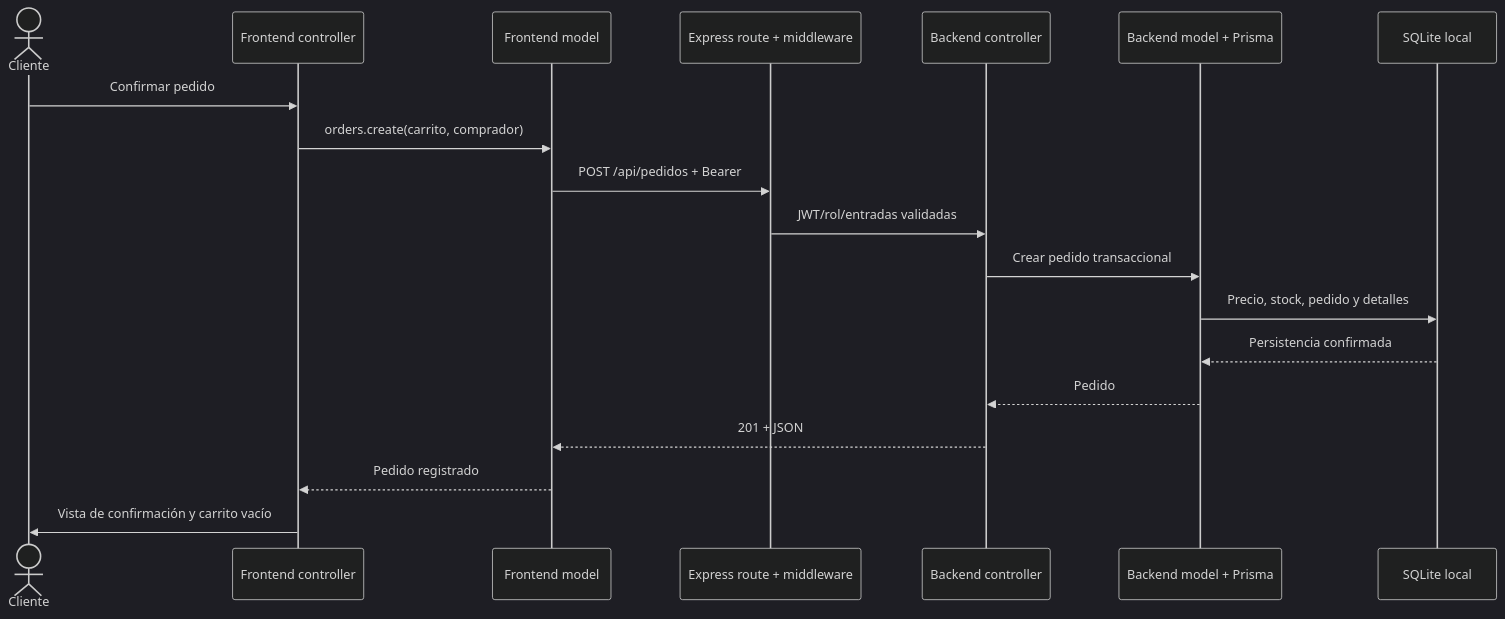
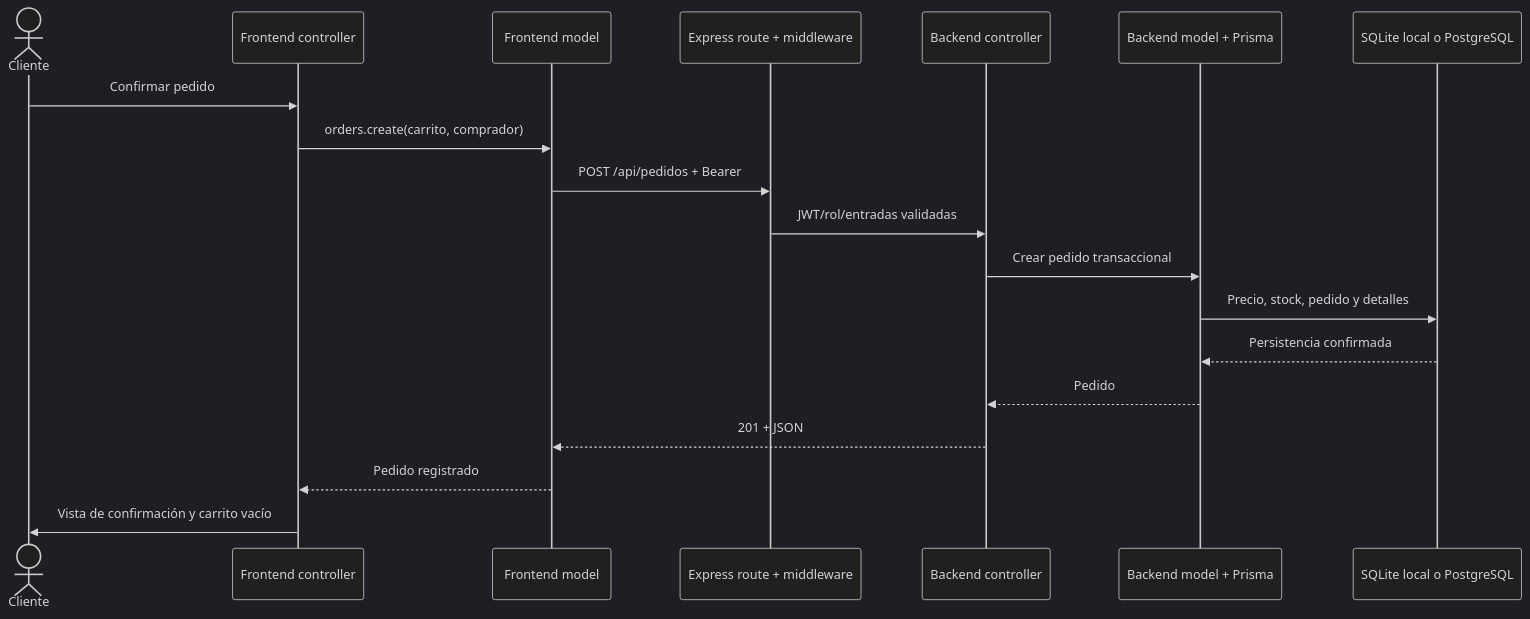
Before and after one commit to elkin2004olmedoch-dotcom/Farmacia-Reyna-del-Cisne: the diagram in docs/auditorias/reto2/01-arquitectura-mvc.md, drawn with Mermaid (dark theme). The commit also changed other lines of this file and 12 other files, not shown here.

````diff
--- a/docs/auditorias/reto2/01-arquitectura-mvc.md
+++ b/docs/auditorias/reto2/01-arquitectura-mvc.md
@@ -26,21 +26,21 @@
 ```mermaid
 sequenceDiagram
   actor Cliente
   participant Controlador as Frontend controller
   participant Modelo as Frontend model
   participant Ruta as Express route + middleware
   participant HTTP as Backend controller
   participant Datos as Backend model + Prisma
-  participant BD as SQLite local
+  participant BD as SQLite local o PostgreSQL
   Cliente->>Controlador: Confirmar pedido
   Controlador->>Modelo: orders.create(carrito, comprador)
   Modelo->>Ruta: POST /api/pedidos + Bearer
   Ruta->>HTTP: JWT/rol/entradas validadas
   HTTP->>Datos: Crear pedido transaccional
   Datos->>BD: Precio, stock, pedido y detalles
   BD-->>Datos: Persistencia confirmada
   Datos-->>HTTP: Pedido
   HTTP-->>Modelo: 201 + JSON
   Modelo-->>Controlador: Pedido registrado
   Controlador->>Cliente: Vista de confirmación y carrito vacío
 ```
````
